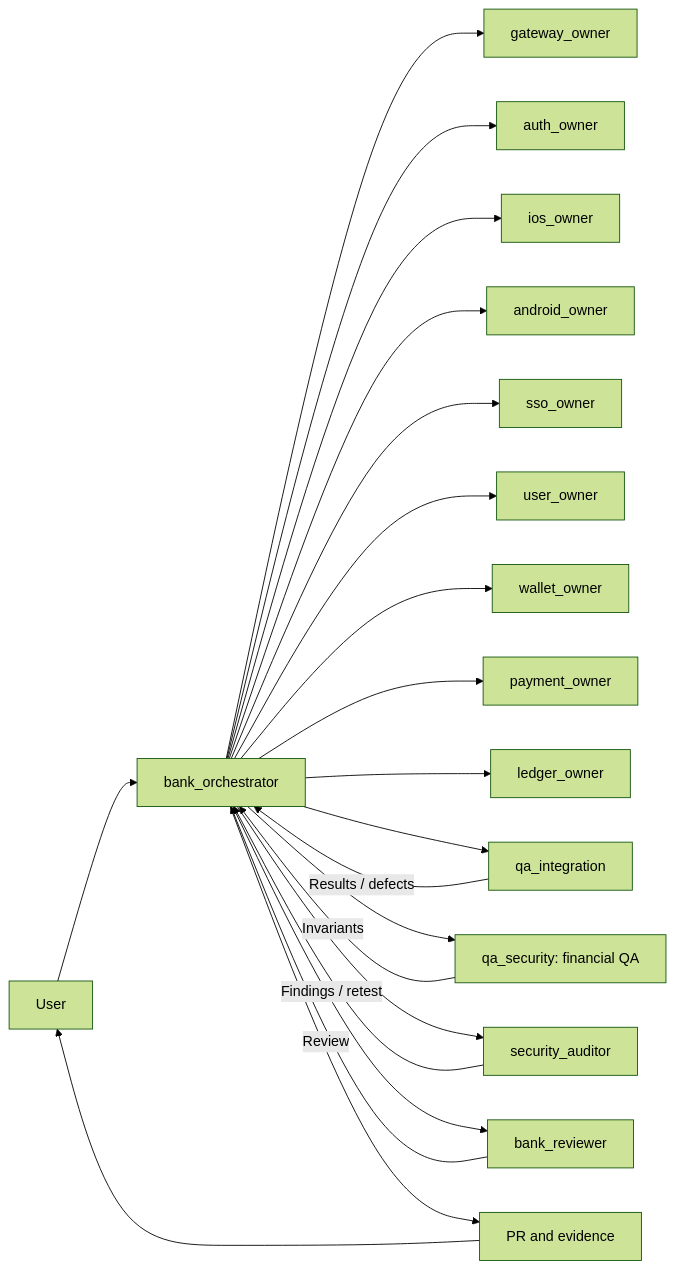
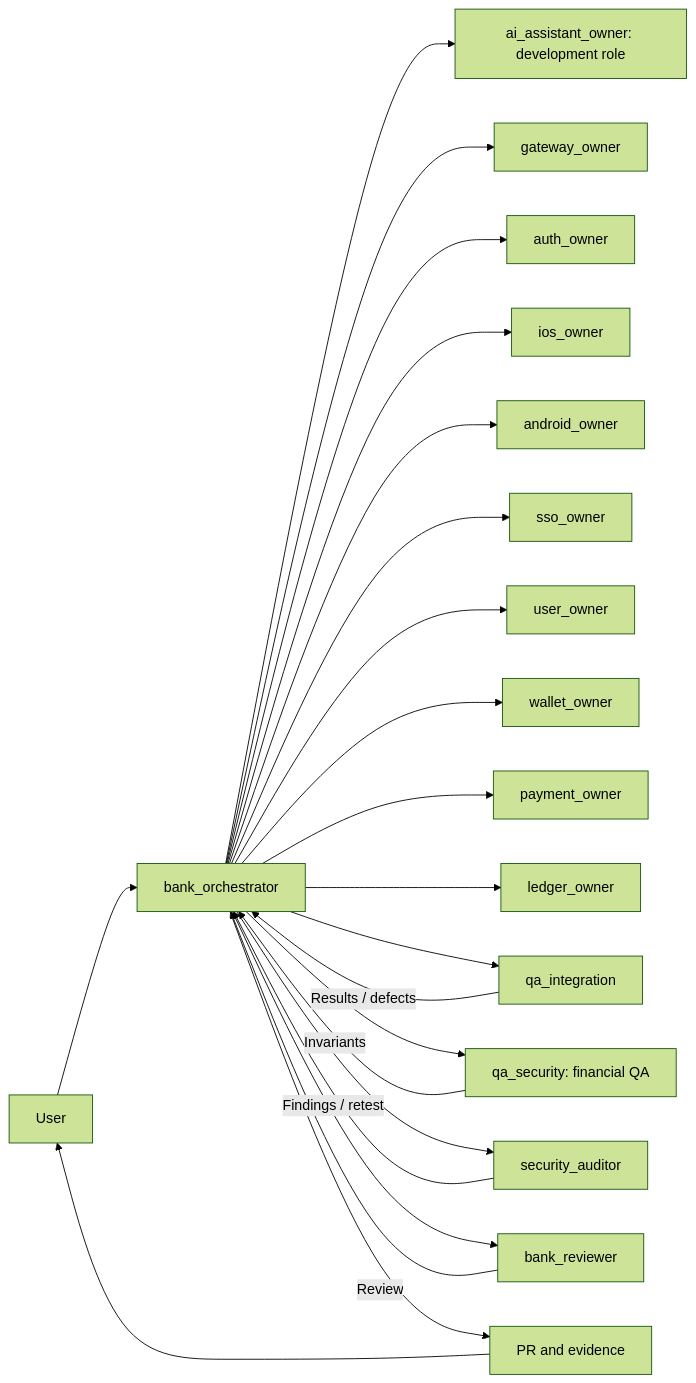
Before and after one commit to aarbabaev/ArMoney: diagram 14 of 18 in ARCHITECTURE.md, drawn with Mermaid (forest theme). The commit also changed other lines of this file and 6 other files, not shown here.

Commit message:
Plan read-only banking assistant and assign dedicated C# owner

````diff
--- a/ARCHITECTURE.md
+++ b/ARCHITECTURE.md
@@ -544,23 +545,24 @@
 ```mermaid
 flowchart LR
     H["User"] --> O["bank_orchestrator"]
+    O --> AI["ai_assistant_owner: development role"]
     O --> G["gateway_owner"]
     O --> A["auth_owner"]
     O --> IOS["ios_owner"]
     O --> ANDROID["android_owner"]
     O --> SSO["sso_owner"]
     O --> U["user_owner"]
     O --> W["wallet_owner"]
     O --> P["payment_owner"]
     O --> L["ledger_owner"]
     O --> QI["qa_integration"]
     O --> QF["qa_security: financial QA"]
     O --> S["security_auditor"]
     O --> R["bank_reviewer"]
     QI -->|"Results / defects"| O
     QF -->|"Invariants"| O
     S -->|"Findings / retest"| O
     R -->|"Review"| O
     O --> PR["PR and evidence"]
     PR --> H
 ```
````
